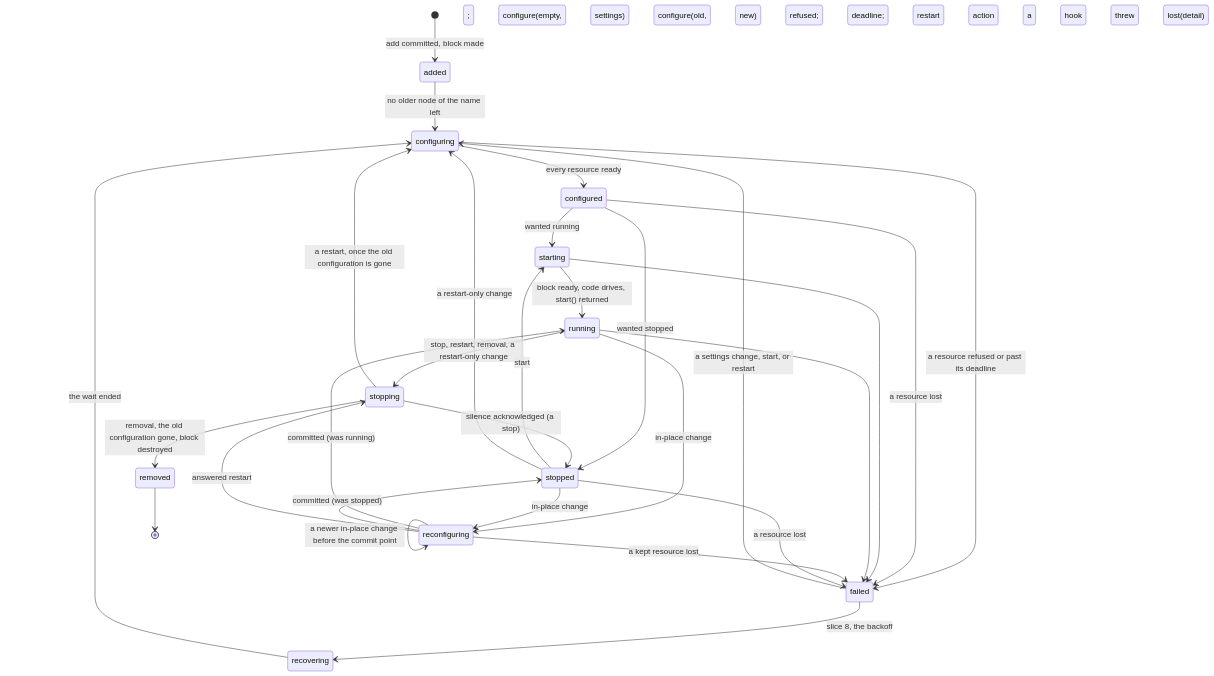
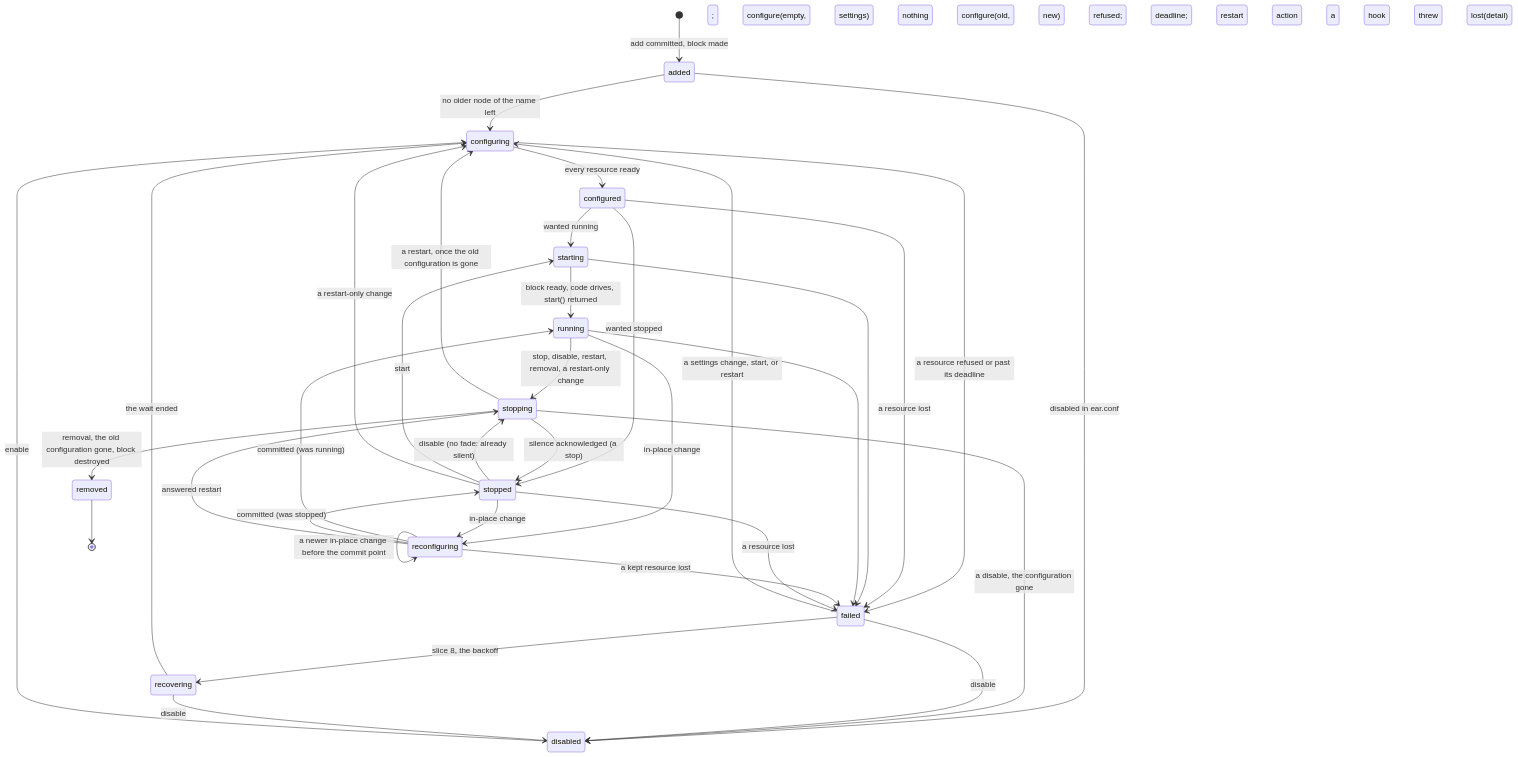
Before and after one commit to mcurcio/ear: the third of 4 diagrams in docs/design/node-framework.md, drawn with Mermaid. The commit also changed other lines of this file and 2 other files, not shown here.

First line of the commit message:
docs(design): record the owner's answers on stop, disable, meters and faders

````diff
--- a/docs/design/node-framework.md
+++ b/docs/design/node-framework.md
@@ -283,31 +306,37 @@
 ```mermaid
 stateDiagram-v2
   [*] --> added: add committed, block made
   added --> configuring: no older node of the name left; configure(empty, settings)
+  added --> disabled: disabled in ear.conf; nothing configured
   configuring --> configured: every resource ready
   configured --> starting: wanted running
   configured --> stopped: wanted stopped
   starting --> running: block ready, code drives, start() returned
-  running --> stopping: stop, restart, removal, a restart-only change
+  running --> stopping: stop, disable, restart, removal, a restart-only change
   stopping --> stopped: silence acknowledged (a stop)
+  stopping --> disabled: a disable, the configuration gone
+  stopped --> stopping: disable (no fade: already silent)
   stopped --> starting: start
+  disabled --> configuring: enable
+  failed --> disabled: disable
+  recovering --> disabled: disable
   running --> reconfiguring: in-place change; configure(old, new)
   stopped --> reconfiguring: in-place change; configure(old, new)
   reconfiguring --> reconfiguring: a newer in-place change before the commit point
   reconfiguring --> running: committed (was running)
   reconfiguring --> stopped: committed (was stopped)
   reconfiguring --> stopping: answered restart; refused; deadline; restart action
   stopping --> configuring: a restart, once the old configuration is gone
   stopped --> configuring: a restart-only change
   configuring --> failed: a resource refused or past its deadline; a hook threw
   configured --> failed: a resource lost; lost(detail)
   starting --> failed
   running --> failed
   reconfiguring --> failed: a kept resource lost; lost(detail)
   stopped --> failed: a resource lost; lost(detail)
   failed --> configuring: a settings change, start, or restart
   failed --> recovering: slice 8, the backoff
   recovering --> configuring: the wait ended
   stopping --> removed: removal, the old configuration gone, block destroyed
   removed --> [*]
 ```
````
